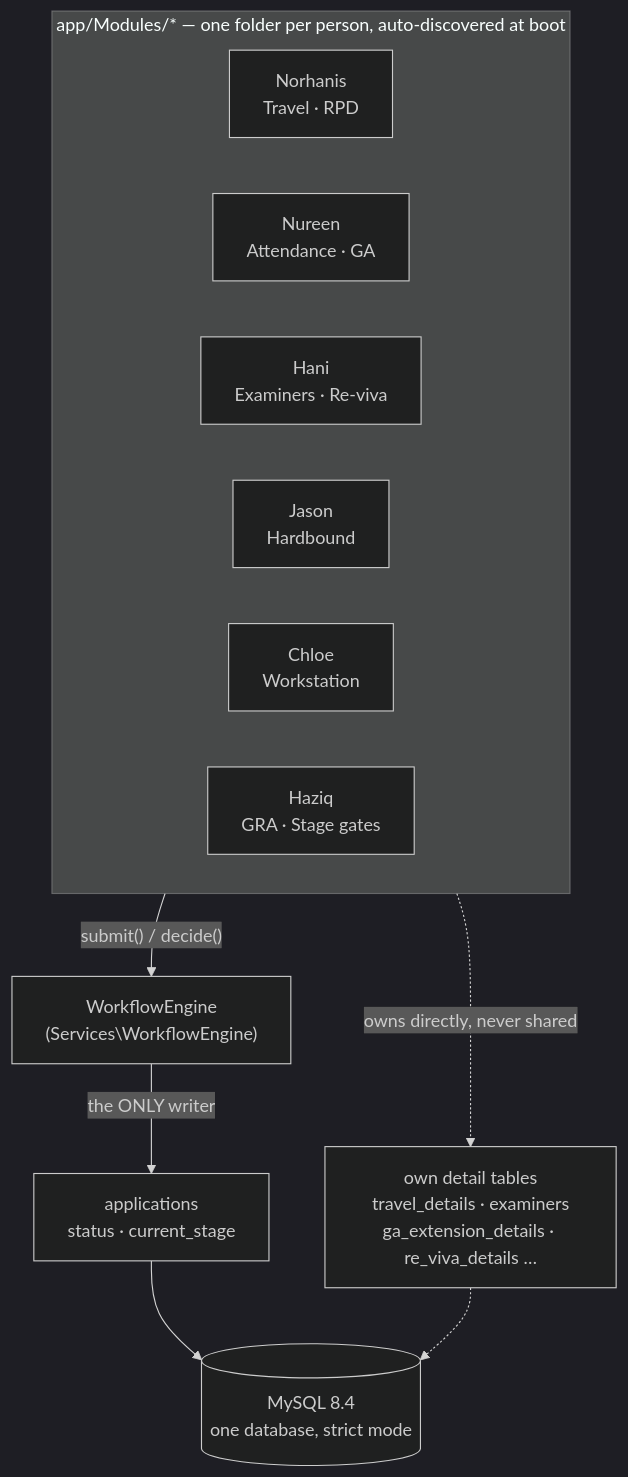
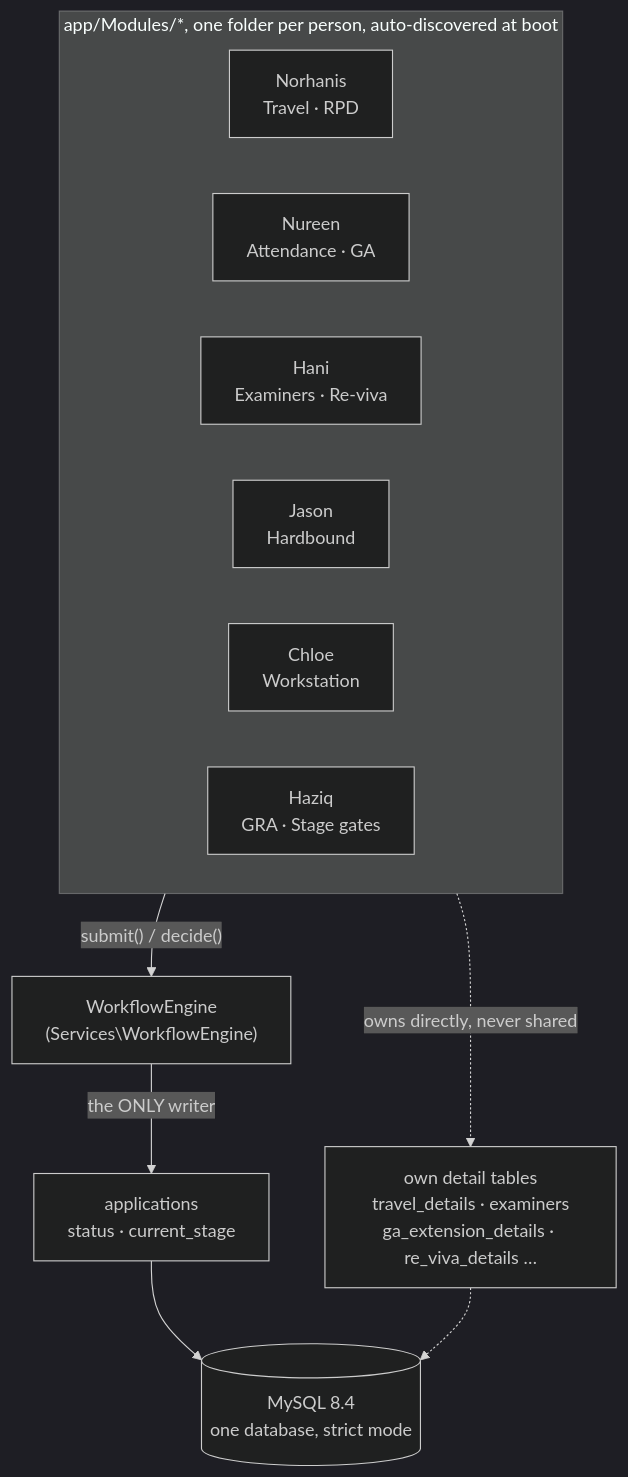
The diagram in docs/tech-stack-and-architecture-report.md (Mickeysya/uresearch), drawn with Mermaid (dark theme) before and after one commit. The commit also changed other lines of this file and 87 other files, not shown here.

````diff
--- a/docs/tech-stack-and-architecture-report.md
+++ b/docs/tech-stack-and-architecture-report.md
@@ -25,20 +25,20 @@
 ```mermaid
 flowchart TB
-    subgraph mods["app/Modules/* — one folder per person, auto-discovered at boot"]
+    subgraph mods["app/Modules/*, one folder per person, auto-discovered at boot"]
         direction LR
         N[Norhanis<br/>Travel · RPD]
         NU[Nureen<br/>Attendance · GA]
         H[Hani<br/>Examiners · Re-viva]
         J[Jason<br/>Hardbound]
         C[Chloe<br/>Workstation]
         HZ[Haziq<br/>GRA · Stage gates]
     end
 
     mods -->|"submit() / decide()"| WE["WorkflowEngine<br/>(Services\WorkflowEngine)"]
     WE -->|"the ONLY writer"| APP["applications<br/>status · current_stage"]
 
     mods -.->|"owns directly, never shared"| OWN["own detail tables<br/>travel_details · examiners<br/>ga_extension_details · re_viva_details …"]
 
     APP --> DB[(MySQL 8.4<br/>one database, strict mode)]
     OWN -.-> DB
 ```
````
